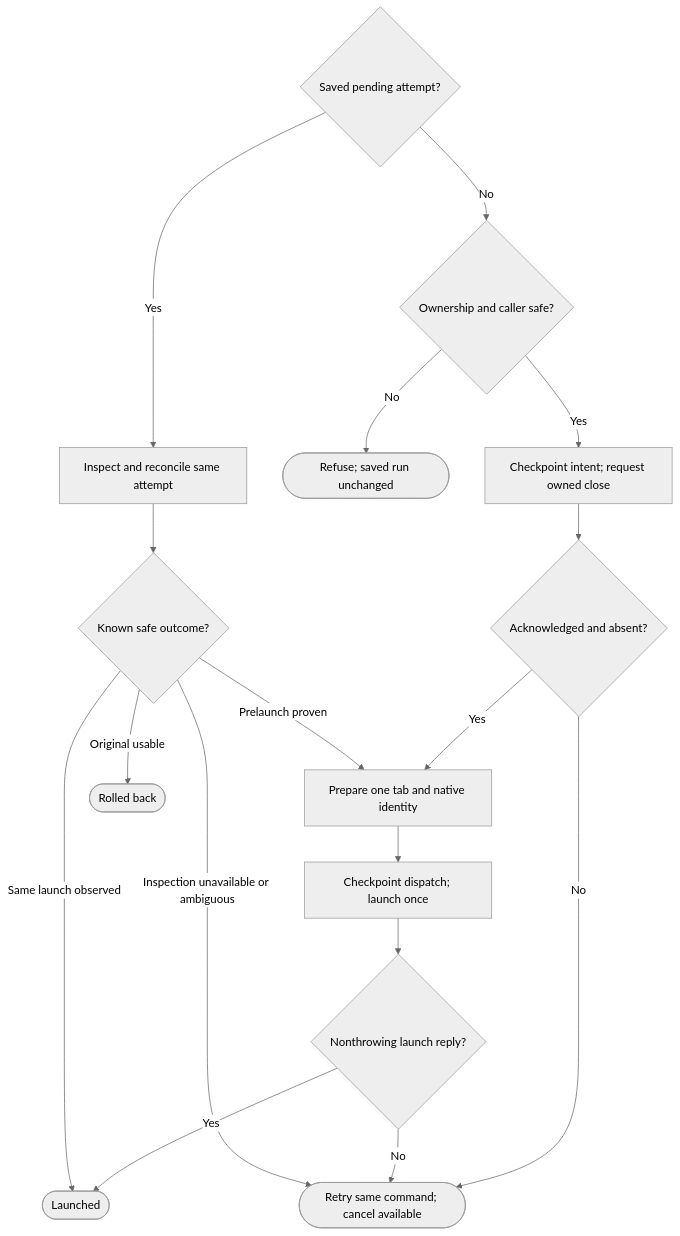
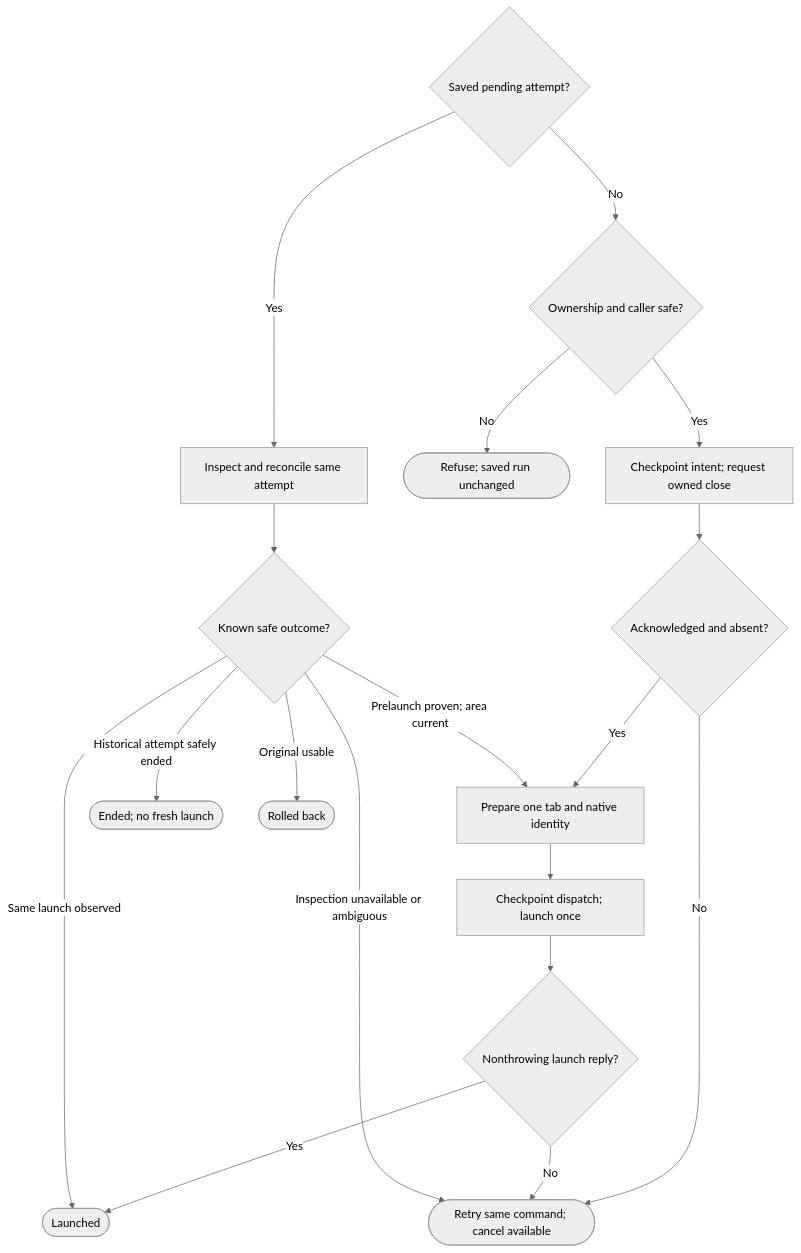
The first of 2 diagrams in prompts/cli/workflow-chat.prompt.md (promptdriven/pdd), drawn with Mermaid (neutral theme) before and after one commit. The commit also changed other lines of this file and 5 other files, not shown here.

````diff
--- a/prompts/cli/workflow-chat.prompt.md
+++ b/prompts/cli/workflow-chat.prompt.md
@@ -28,19 +28,20 @@
 ```mermaid
 flowchart TD
     P{Saved pending attempt?} -->|Yes| R[Inspect and reconcile same attempt]
     P -->|No| V{Ownership and caller safe?}
     V -->|No| F([Refuse; saved run unchanged])
     V -->|Yes| C[Checkpoint intent; request owned close]
     C --> A{Acknowledged and absent?}
     A -->|No| U
     A -->|Yes| N[Prepare one tab and native identity]
     N --> L[Checkpoint dispatch; launch once]
     L --> K{Nonthrowing launch reply?}
     K -->|Yes| D([Launched])
     K -->|No| U
     R --> O{Known safe outcome?}
     O -->|Same launch observed| D
-    O -->|Prelaunch proven| N
+    O -->|Prelaunch proven; area current| N
+    O -->|Historical attempt safely ended| E([Ended; no fresh launch])
     O -->|Original usable| B([Rolled back])
     O -->|Inspection unavailable or ambiguous| U([Retry same command; cancel available])
 ```
````
